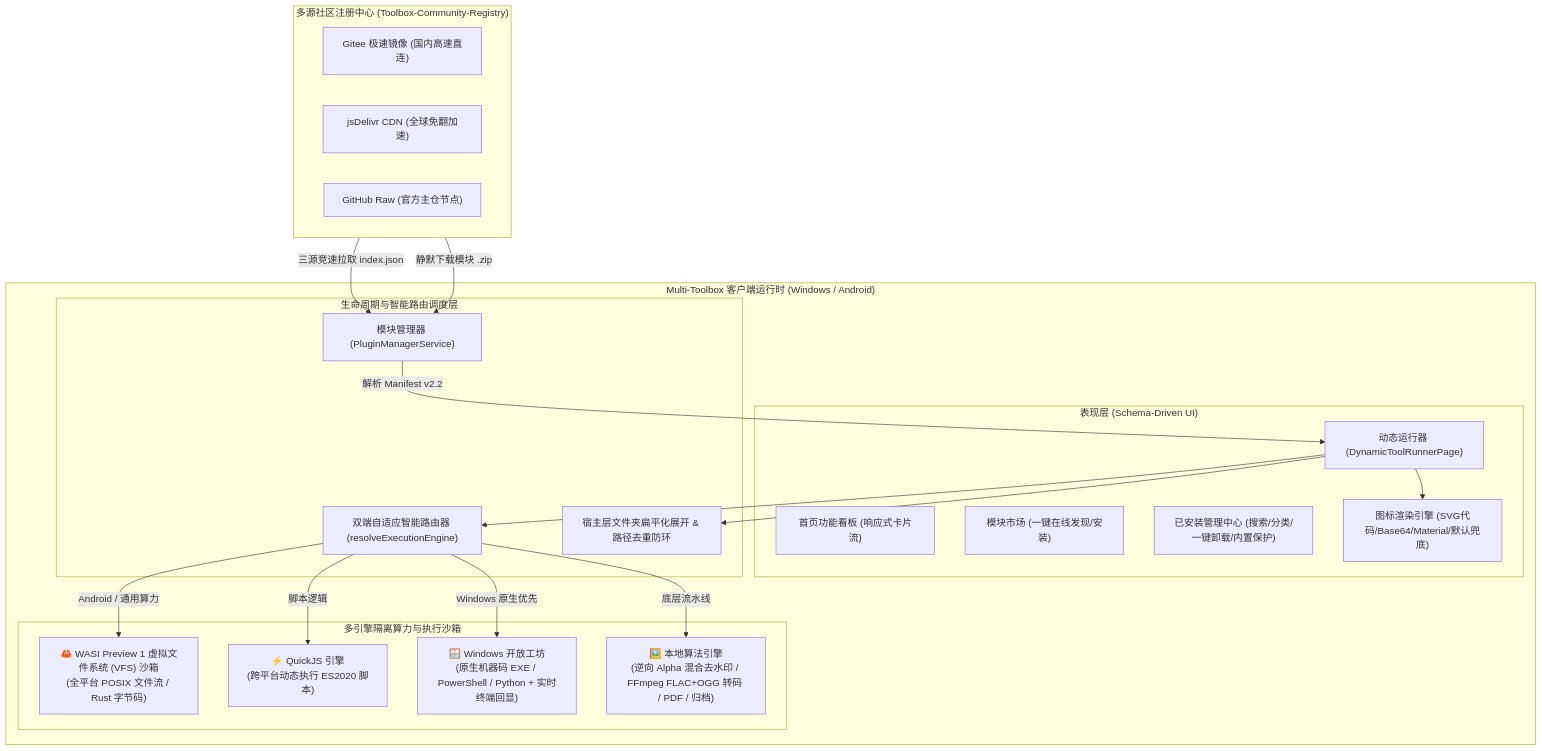
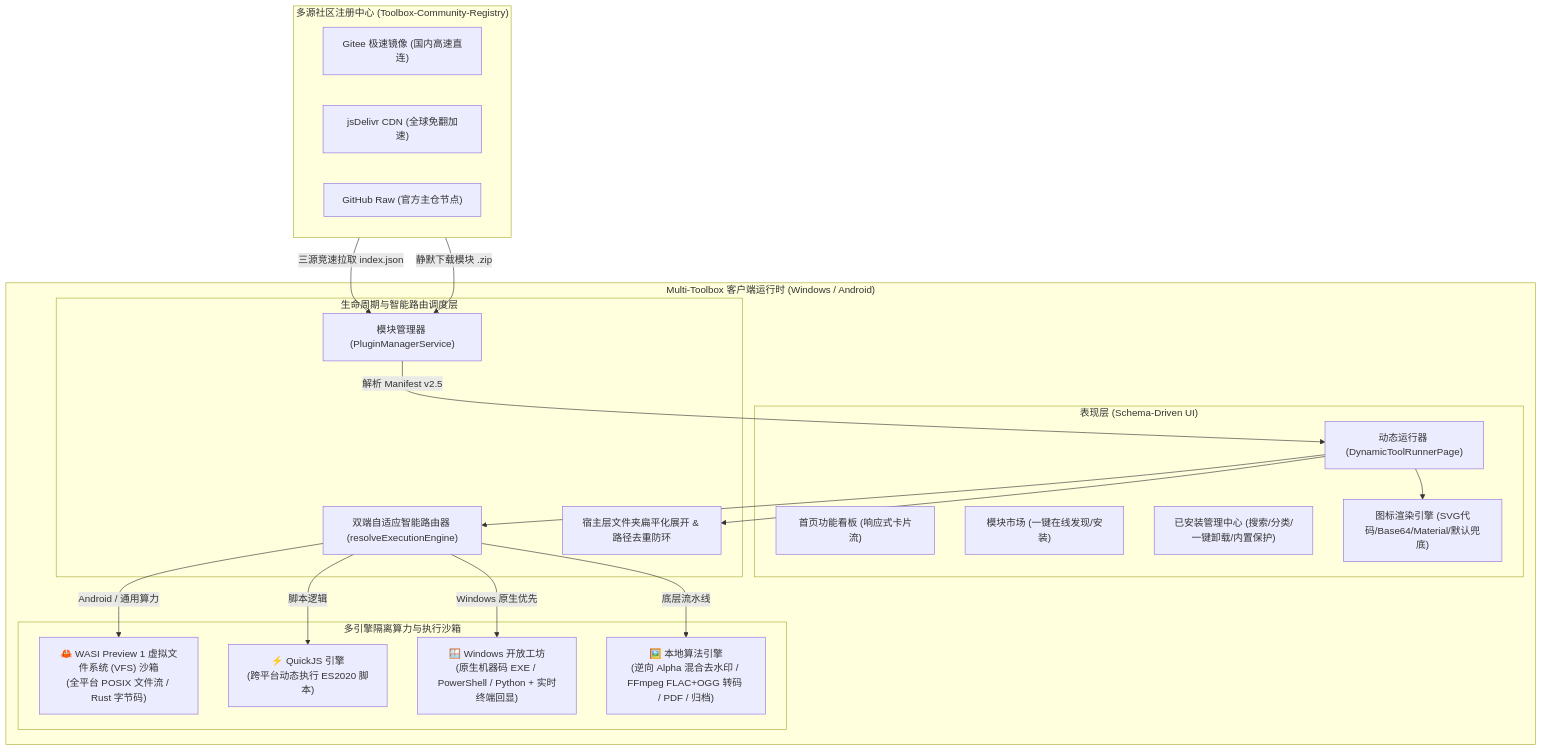
The first of 2 diagrams in docs/PLUGIN_DEVELOPMENT_GUIDE.md (SuJiuOvO/Toolbox-Community-Registry), drawn with Mermaid before and after one commit. The commit also changed other lines of this file and 4 other files, not shown here.

````diff
--- a/docs/PLUGIN_DEVELOPMENT_GUIDE.md
+++ b/docs/PLUGIN_DEVELOPMENT_GUIDE.md
@@ -41,46 +41,46 @@
 ```mermaid
 flowchart TD
     subgraph Registry["多源社区注册中心 (Toolbox-Community-Registry)"]
         Gitee["Gitee 极速镜像 (国内高速直连)"]
         JsDelivr["jsDelivr CDN (全球免翻加速)"]
         GitHub["GitHub Raw (官方主仓节点)"]
     end
 
     subgraph Client["Multi-Toolbox 客户端运行时 (Windows / Android)"]
         subgraph UI["表现层 (Schema-Driven UI)"]
             Home["首页功能看板 (响应式卡片流)"]
             Store["模块市场 (一键在线发现/安装)"]
             Mgr["已安装管理中心 (搜索/分类/一键卸载/内置保护)"]
             Runner["动态运行器 (DynamicToolRunnerPage)"]
             IconSys["图标渲染引擎 (SVG代码/Base64/Material/默认兜底)"]
         end
 
         subgraph Core["生命周期与智能路由调度层"]
             PM["模块管理器 (PluginManagerService)"]
             EngineRouter["双端自适应智能路由器 (resolveExecutionEngine)"]
             FolderFlatten["宿主层文件夹扁平化展开 & 路径去重防环"]
         end
 
         subgraph Runtimes["多引擎隔离算力与执行沙箱"]
             WasmVfs["🦀 WASI Preview 1 虚拟文件系统 (VFS) 沙箱
 (全平台 POSIX 文件流 / Rust 字节码)"]
             JsRuntime["⚡ QuickJS 引擎
 (跨平台动态执行 ES2020 脚本)"]
             WinRuntime["🪟 Windows 开放工坊
 (原生机器码 EXE / PowerShell / Python + 实时终端回显)"]
             NativePipeline["🖼️ 本地算法引擎
 (逆向 Alpha 混合去水印 / FFmpeg FLAC+OGG 转码 / PDF / 归档)"]
         end
     end
 
     Registry -->|三源竞速拉取 index.json| PM
     Registry -->|静默下载模块 .zip| PM
-    PM -->|解析 Manifest v2.2| Runner
+    PM -->|解析 Manifest v2.5| Runner
     Runner --> EngineRouter
     EngineRouter -->|Windows 原生优先| WinRuntime
     EngineRouter -->|Android / 通用算力| WasmVfs
     EngineRouter -->|脚本逻辑| JsRuntime
     EngineRouter -->|底层流水线| NativePipeline
     Runner --> IconSys
     Runner --> FolderFlatten
 ```
````
